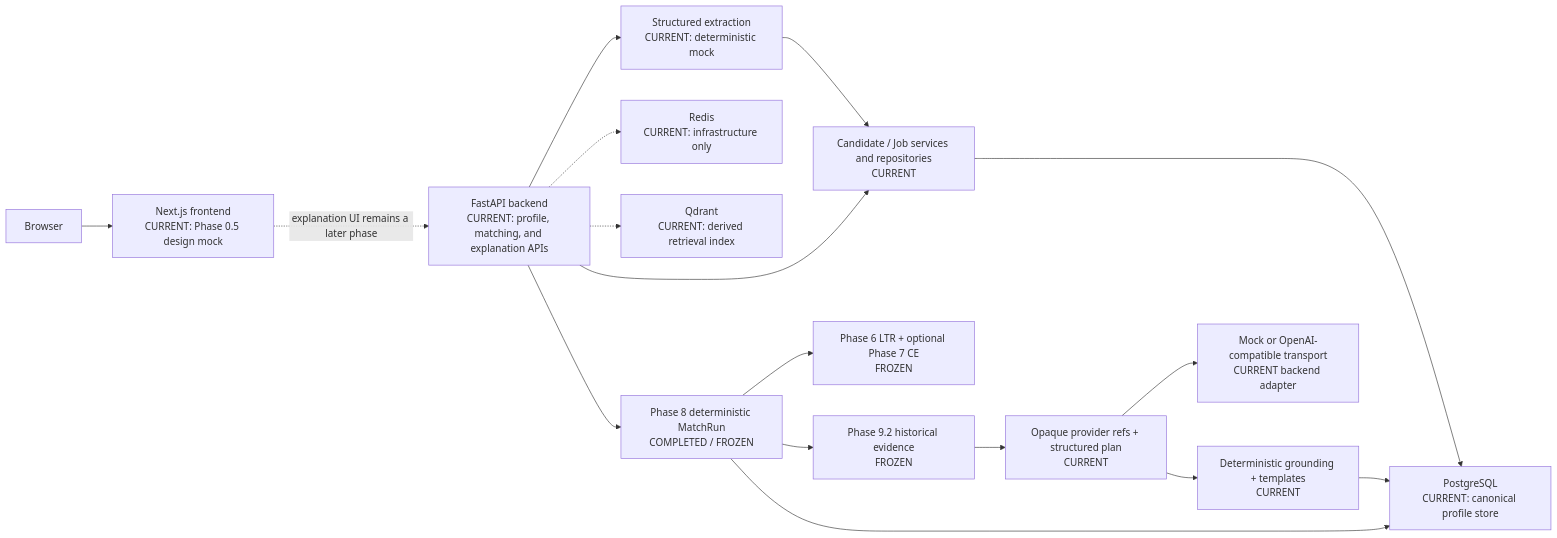
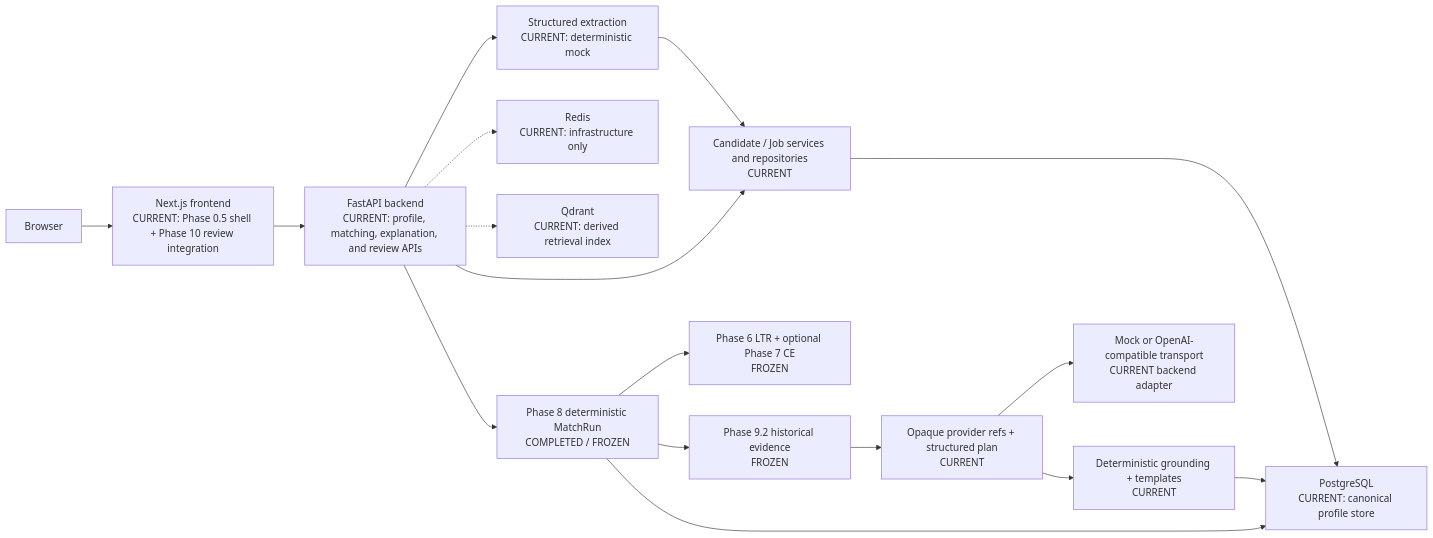
Before and after one commit to rM0on/peoplematch-agent: the second of 2 diagrams in README.md, drawn with Mermaid. The commit also changed other lines of this file and 38 other files, not shown here.

Commit message:
feat: integrate phase10 feedback and bad case review ui

````diff
--- a/README.md
+++ b/README.md
@@ -59,19 +59,19 @@
 ```mermaid
 flowchart LR
-    Browser["Browser"] --> Web["Next.js frontend\nCURRENT: Phase 0.5 design mock"]
-    Web -. "explanation UI remains a later phase" .-> API["FastAPI backend\nCURRENT: profile, matching, and explanation APIs"]
+    Browser["Browser"] --> Web["Next.js frontend\nCURRENT: Phase 0.5 shell + Phase 10 review integration"]
+    Web --> API["FastAPI backend\nCURRENT: profile, matching, explanation, and review APIs"]
     API --> Extract["Structured extraction\nCURRENT: deterministic mock"]
     Extract --> Domain["Candidate / Job services and repositories\nCURRENT"]
     API --> Domain
     Domain --> PG["PostgreSQL\nCURRENT: canonical profile store"]
     API -.-> Redis["Redis\nCURRENT: infrastructure only"]
     API -.-> Qdrant["Qdrant\nCURRENT: derived retrieval index"]
     API --> Runs["Phase 8 deterministic MatchRun\nCOMPLETED / FROZEN"]
     Runs --> Matching["Phase 6 LTR + optional Phase 7 CE\nFROZEN"]
     Runs --> Evidence["Phase 9.2 historical evidence\nFROZEN"]
     Evidence --> Plan["Opaque provider refs + structured plan\nCURRENT"]
     Plan --> Render["Deterministic grounding + templates\nCURRENT"]
     Render --> PG
     Plan --> AI["Mock or OpenAI-compatible transport\nCURRENT backend adapter"]
     Runs --> PG
 ```
````
